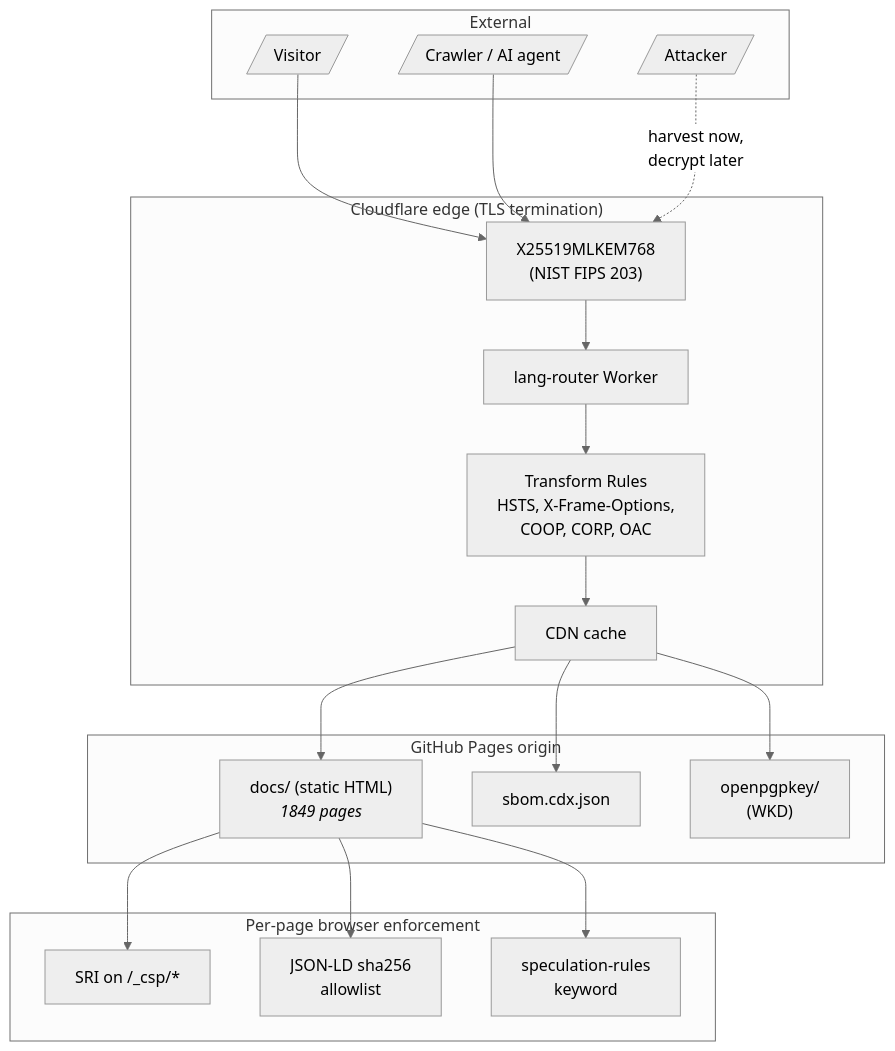
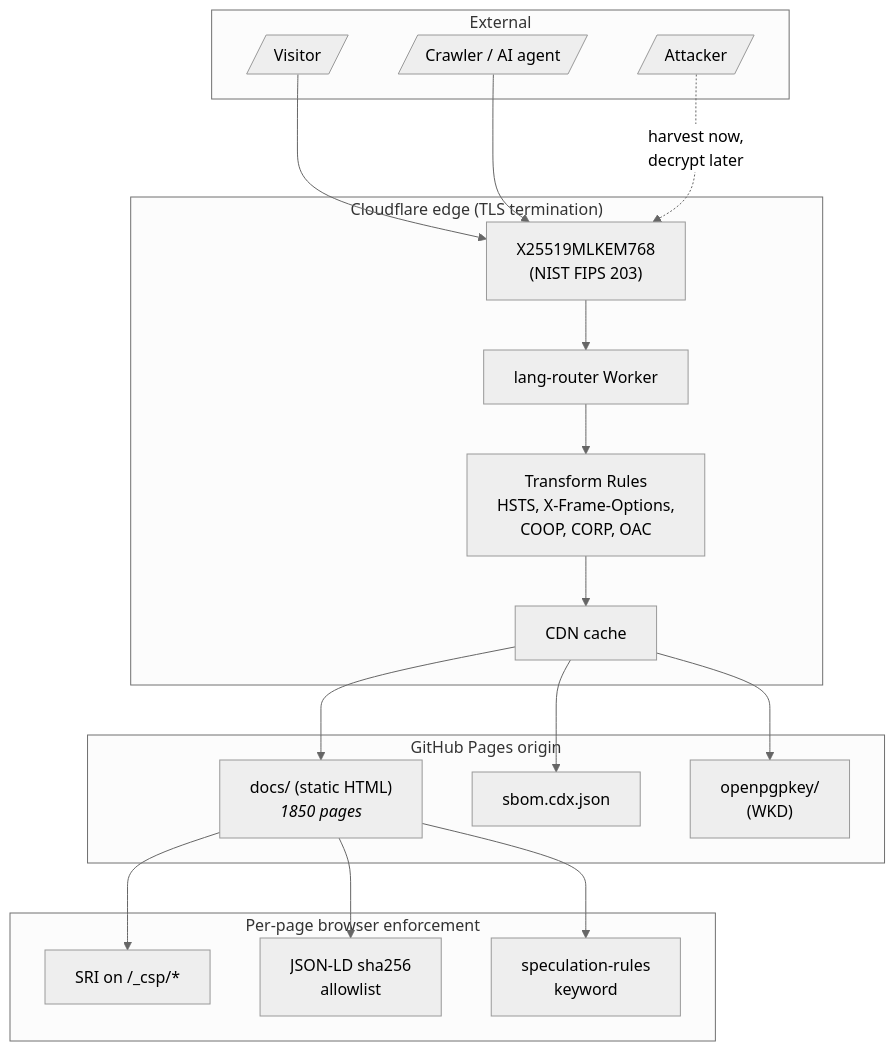
The sixth of 7 diagrams in README.md (sebastienrousseau/sebastienrousseau.github.io), drawn with Mermaid before and after one commit. The commit also changed other lines of this file and 1376 other files, not shown here.

````diff
--- a/README.md
+++ b/README.md
@@ -447,41 +483,41 @@
 ```mermaid
 %%{init: {'theme':'neutral'} }%%
 graph TB
  subgraph EXT["External"]
  V[/"Visitor"/]
  CR[/"Crawler / AI agent"/]
  ATK[/"Attacker"/]
  end
 
  subgraph EDGE["Cloudflare edge (TLS termination)"]
  CFW["lang-router Worker"]
  TR["Transform Rules<br/>HSTS, X-Frame-Options,<br/>COOP, CORP, OAC"]
  CDN["CDN cache"]
  PQ["X25519MLKEM768<br/>(NIST FIPS 203)"]
  end
 
  subgraph ORIG["GitHub Pages origin"]
- H["docs/ (static HTML)<br/><i>1849 pages</i>"]
+ H["docs/ (static HTML)<br/><i>1850 pages</i>"]
  SBOM["sbom.cdx.json"]
  WKD["openpgpkey/<br/>(WKD)"]
  end
 
  subgraph CSP["Per-page browser enforcement"]
  SRI["SRI on /_csp/*"]
  JSONLD["JSON-LD sha256<br/>allowlist"]
  SR["speculation-rules<br/>keyword"]
  end
 
  V --> PQ
  CR --> PQ
  ATK -.->|harvest now,<br/>decrypt later| PQ
  PQ --> CFW
  CFW --> TR
  TR --> CDN
  CDN --> H
  CDN --> SBOM
  CDN --> WKD
  H --> SRI
  H --> JSONLD
  H --> SR
 ```
````
